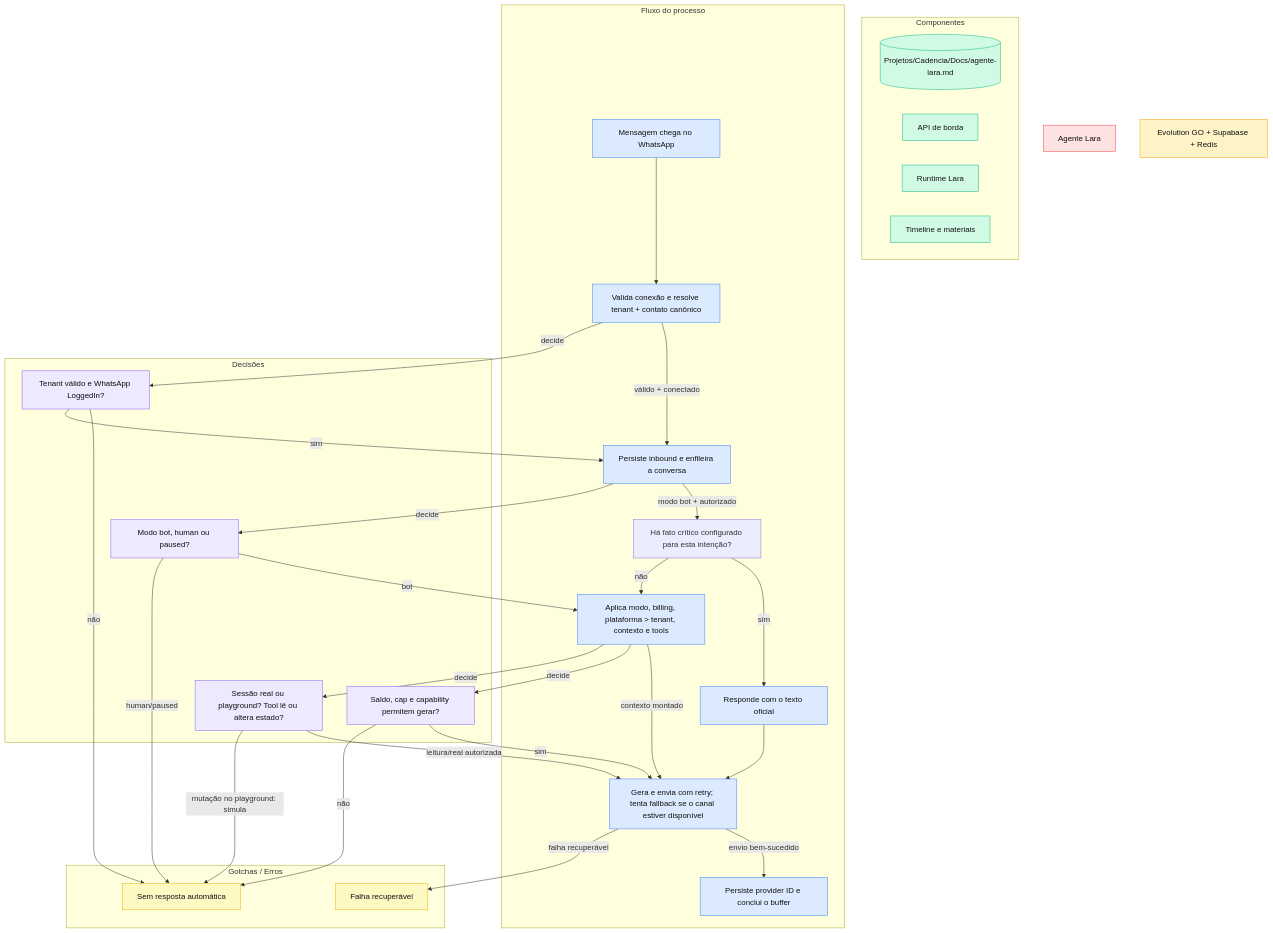
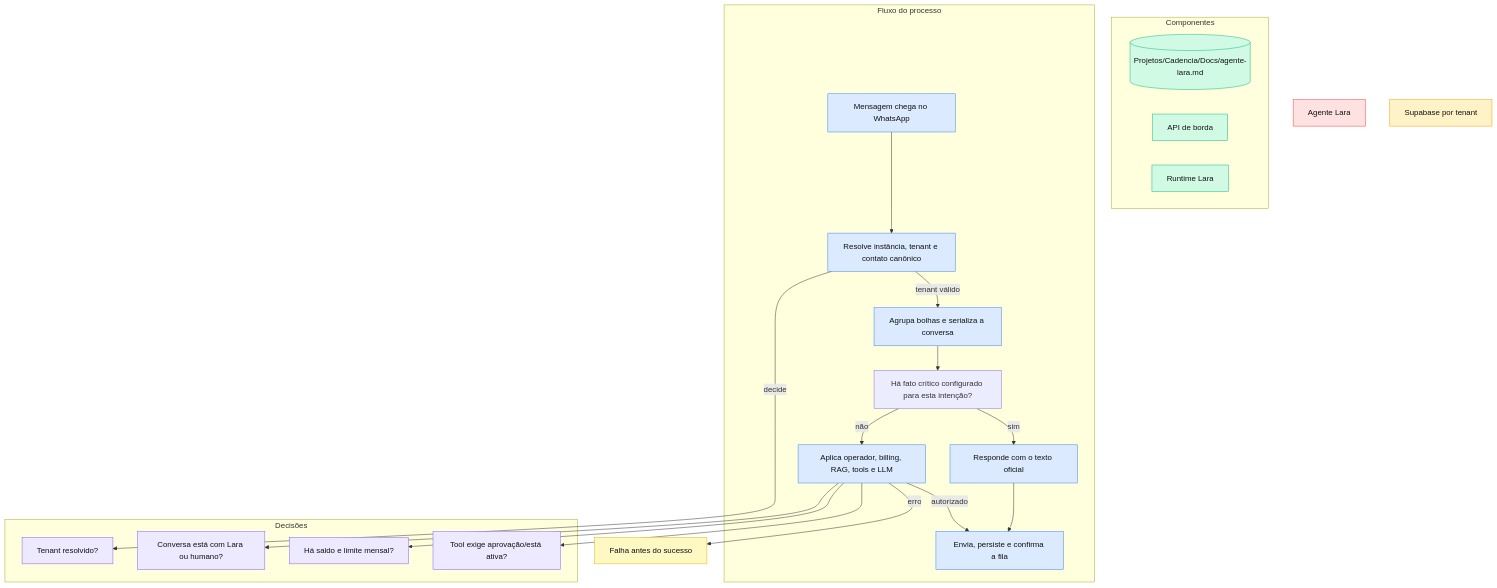
The diagram in docs/cadencia-app/agente-lara.md (Posicionamento-Digital/cadencia-docs), drawn with Mermaid before and after one commit. The commit also changed other lines of this file and 4 other files, not shown here.

Commit message:
docs(cadencia-app): IndexNow feature + resolve conflict agente-lara (theirs)

````diff
--- a/docs/cadencia-app/agente-lara.md
+++ b/docs/cadencia-app/agente-lara.md
@@ -37,71 +29,55 @@
 ```mermaid
 flowchart TD
+    classDef flow fill:#DBEAFE,stroke:#3B82F6,color:#111
     classDef component fill:#D1FAE5,stroke:#10B981,color:#111
-    classDef flow fill:#DBEAFE,stroke:#3B82F6,color:#111
+    classDef warning fill:#FEF9C3,stroke:#EAB308,color:#111
     classDef decision fill:#EDE9FE,stroke:#8B5CF6,color:#111
+    classDef external fill:#FEF3C7,stroke:#F59E0B,color:#111
     classDef core fill:#FEE2E2,stroke:#EF4444,color:#111
-    classDef external fill:#FEF3C7,stroke:#F59E0B,color:#111
-    classDef warning fill:#FEF9C3,stroke:#EAB308,color:#111
 
     subgraph SG_component["Componentes"]
         panel[("Projetos/Cadencia/Docs/agente-lara.md")]
         api["API de borda"]
         runtime["Runtime Lara"]
-        timeline["Timeline e materiais"]
     end
-    class panel,api,runtime,timeline component
+    class panel,api,runtime component
 
     subgraph SG_flow["Fluxo do processo"]
         inbound["Mensagem chega no WhatsApp"]
-        resolve["Valida conexão e resolve tenant + contato canônico"]
-        persist["Persiste inbound e enfileira a conversa"]
+        resolve["Resolve instância, tenant e contato canônico"]
+        queue["Agrupa bolhas e serializa a conversa"]
         fact["Há fato crítico configurado para esta intenção?"]
-        reason["Aplica modo, billing, plataforma > tenant, contexto e tools"]
+        reason["Aplica operador, billing, RAG, tools e LLM"]
         exact["Responde com o texto oficial"]
-        send["Gera e envia com retry; tenta fallback se o canal estiver disponível"]
-        finish["Persiste provider ID e conclui o buffer"]
+        send["Envia, persiste e confirma a fila"]
     end
-    class inbound,resolve,persist,reason,exact,send,finish flow
+    class inbound,resolve,queue,reason,exact,send flow
 
     subgraph SG_decision["Decisões"]
-        connected["Tenant válido e WhatsApp LoggedIn?"]
-        mode["Modo bot, human ou paused?"]
-        limit["Saldo, cap e capability permitem gerar?"]
-        tool["Sessão real ou playground? Tool lê ou altera estado?"]
+        tenant["Tenant resolvido?"]
+        mode["Conversa está com Lara ou humano?"]
+        limit["Há saldo e limite mensal?"]
+        tool["Tool exige aprovação/está ativa?"]
     end
-    class connected,mode,limit,tool decision
+    class tenant,mode,limit,tool decision
 
-        title["Agente Lara"]
+    title["Agente Lara"]
     class title core
-
-        evolution["Evolution GO + Supabase + Redis"]
-    class evolution external
-
-    subgraph SG_warning["Gotchas / Erros"]
-        stop["Sem resposta automática"]
-        recover["Falha recuperável"]
-    end
-    class stop,recover warning
+    data["Supabase por tenant"]
+    class data external
+    err["Falha antes do sucesso"]
+    class err warning
 
     inbound --> resolve
-    resolve -->|"válido + conectado"| persist
-    persist -->|"modo bot + autorizado"| fact
+    resolve -->|"tenant válido"| queue
+    queue --> fact
     fact -->|"sim"| exact
     fact -->|"não"| reason
     exact --> send
-    reason -->|"contexto montado"| send
-    send -->|"envio bem-sucedido"| finish
-    resolve -->|"decide"| connected
-    connected -->|"não"| stop
-    connected -->|"sim"| persist
-    persist -->|"decide"| mode
-    mode -->|"bot"| reason
-    mode -->|"human/paused"| stop
-    reason -->|"decide"| limit
-    limit -->|"sim"| send
-    limit -->|"não"| stop
-    reason -->|"decide"| tool
-    tool -->|"leitura/real autorizada"| send
-    tool -->|"mutação no playground: simula"| stop
-    send -->|"falha recuperável"| recover
+    reason -->|"autorizado"| send
+    resolve -->|"decide"| tenant
+    reason --> mode
+    reason --> limit
+    reason --> tool
+    reason -->|"erro"| err
 ```
````
